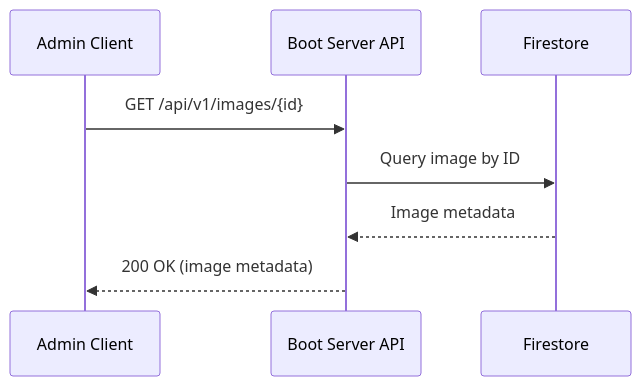
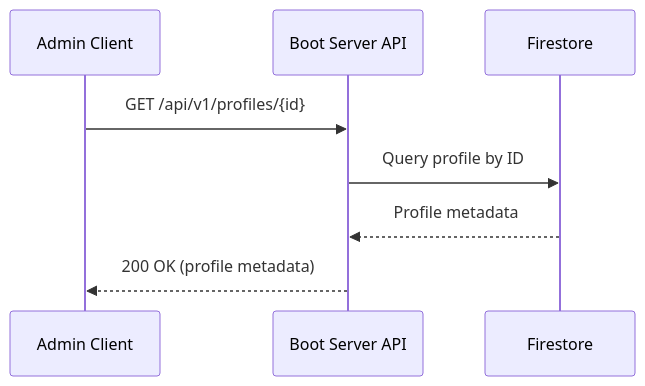
One commit to Zaba505/infra changed the third of 12 diagrams in docs/content/r&d/services/boot/admin-api.md. Above: the diagram before and after it, drawn with Mermaid. The commit also changed other lines of this file, not shown here.

Commit message:
docs(issue-605): simplify admin api

````diff
--- a/docs/content/r&d/services/boot/admin-api.md
+++ b/docs/content/r&d/services/boot/admin-api.md
@@ -201,11 +197,11 @@
 ```mermaid
 sequenceDiagram
     participant Client as Admin Client
     participant API as Boot Server API
     participant DB as Firestore
     
-    Client->>API: GET /api/v1/images/{id}
-    API->>DB: Query image by ID
-    DB-->>API: Image metadata
-    API-->>Client: 200 OK (image metadata)
+    Client->>API: GET /api/v1/profiles/{id}
+    API->>DB: Query profile by ID
+    DB-->>API: Profile metadata
+    API-->>Client: 200 OK (profile metadata)
 ```
````
